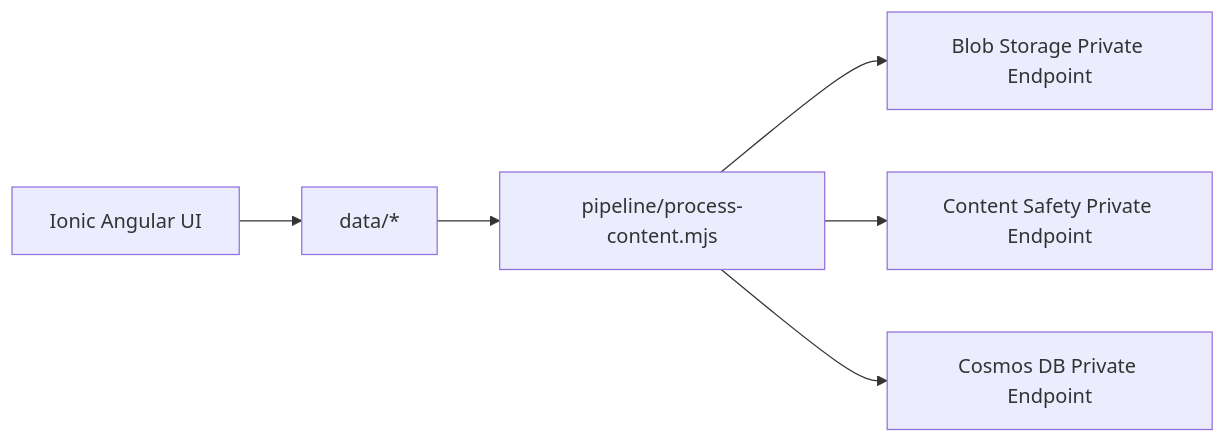
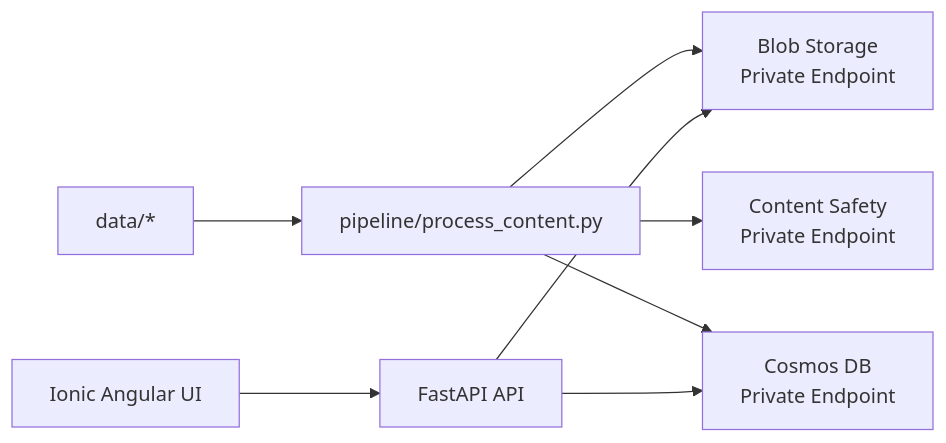
Before and after one commit to csdmichael/AI-Content-Safety-POC: the diagram in README.md, drawn with Mermaid. The commit also changed other lines of this file and 18 other files, not shown here.

````diff
--- a/README.md
+++ b/README.md
@@ -181,8 +27,10 @@
 ```mermaid
 flowchart LR
-  A[data/*] --> B[pipeline/process-content.mjs]
-  B --> C[Blob Storage Private Endpoint]
-  B --> D[Content Safety Private Endpoint]
-  B --> E[Cosmos DB Private Endpoint]
-  U[Ionic Angular UI] --> A
+  A[data/*] --> B[pipeline/process_content.py]
+  B --> C[Blob Storage<br>Private Endpoint]
+  B --> D[Content Safety<br>Private Endpoint]
+  B --> E[Cosmos DB<br>Private Endpoint]
+  F[FastAPI API] --> E
+  F --> C
+  U[Ionic Angular UI] --> F
 ```
````
